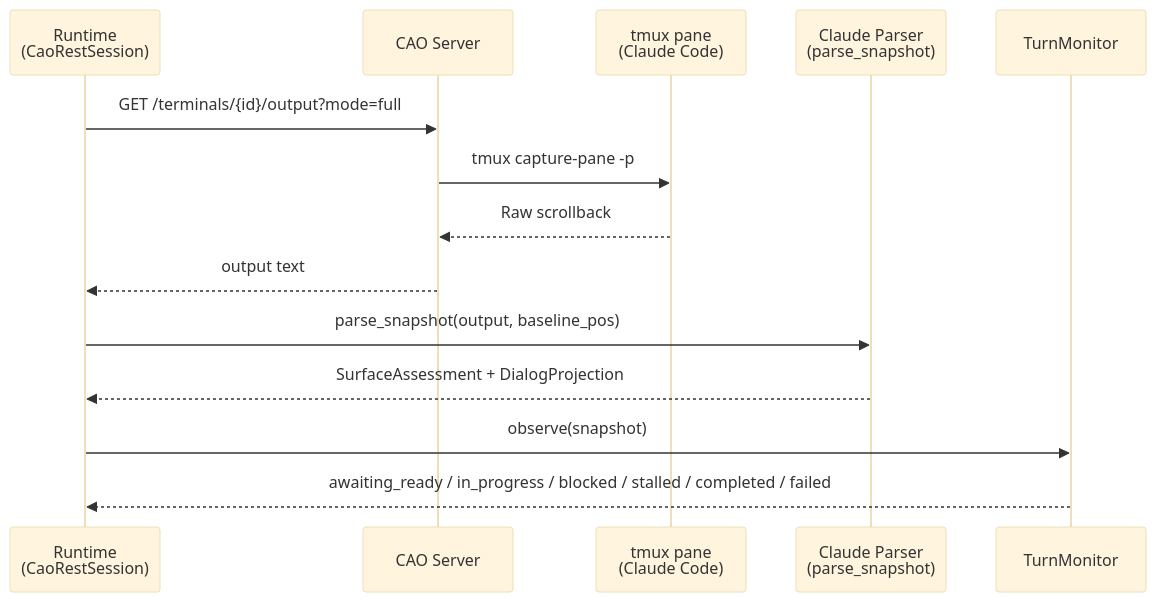
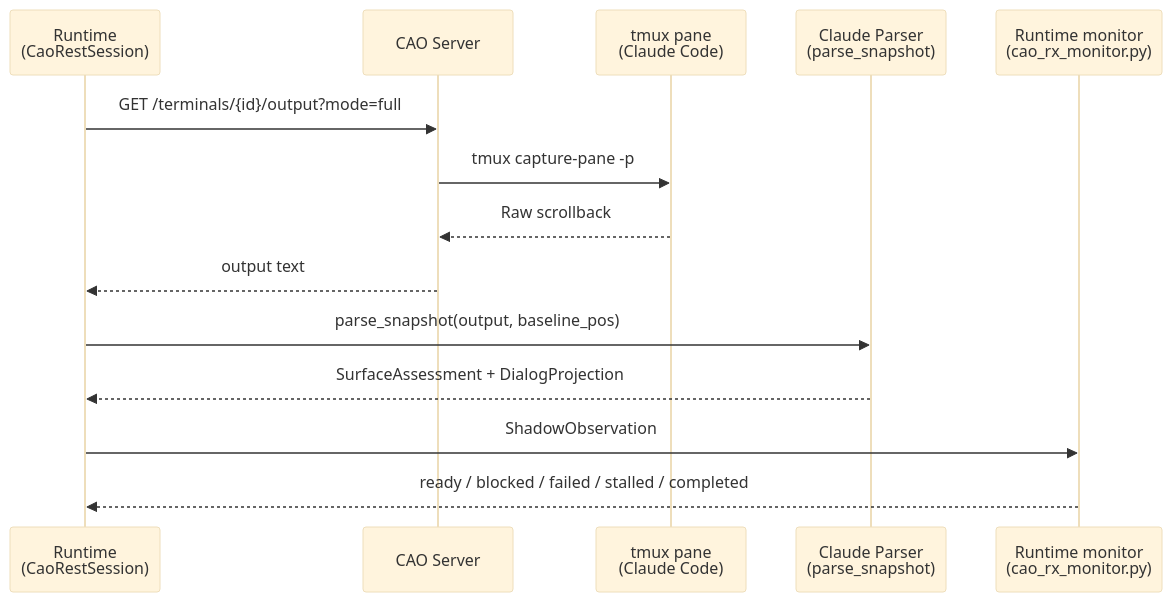
Before and after one commit to igamenovoer/houmao: the diagram in docs/reference/cao_claude_shadow_parsing.md, drawn with Mermaid (base theme). The commit also changed other lines of this file and 11 other files, not shown here.

````diff
--- a/docs/reference/cao_claude_shadow_parsing.md
+++ b/docs/reference/cao_claude_shadow_parsing.md
@@ -63,17 +64,17 @@
 ```mermaid
 sequenceDiagram
     participant RT as Runtime<br/>(CaoRestSession)
     participant CAO as CAO Server
     participant TMUX as tmux pane<br/>(Claude Code)
     participant SP as Claude Parser<br/>(parse_snapshot)
-    participant TM as TurnMonitor
+    participant RM as Runtime monitor<br/>(cao_rx_monitor.py)
 
     RT->>CAO: GET /terminals/{id}/output?mode=full
     CAO->>TMUX: tmux capture-pane -p
     TMUX-->>CAO: Raw scrollback
     CAO-->>RT: output text
     RT->>SP: parse_snapshot(output, baseline_pos)
     SP-->>RT: SurfaceAssessment + DialogProjection
-    RT->>TM: observe(snapshot)
-    TM-->>RT: awaiting_ready / in_progress / blocked / stalled / completed / failed
+    RT->>RM: ShadowObservation
+    RM-->>RT: ready / blocked / failed / stalled / completed
 ```
````
